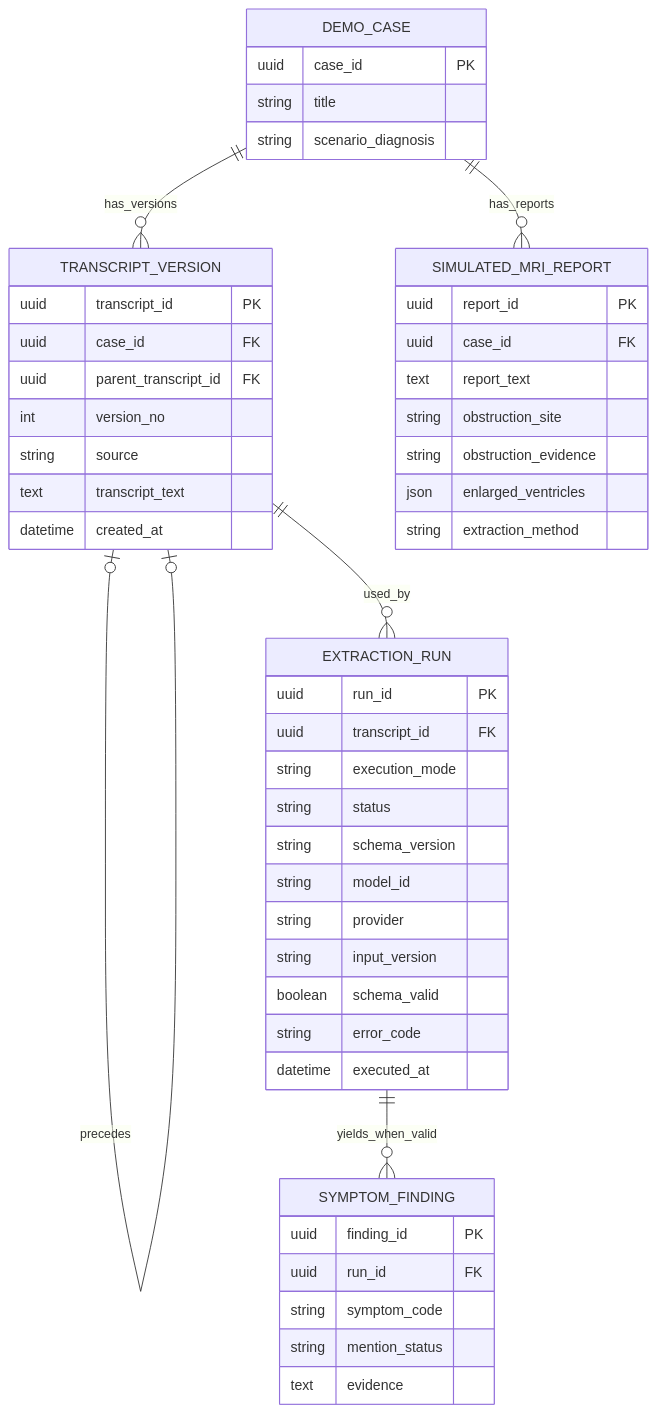
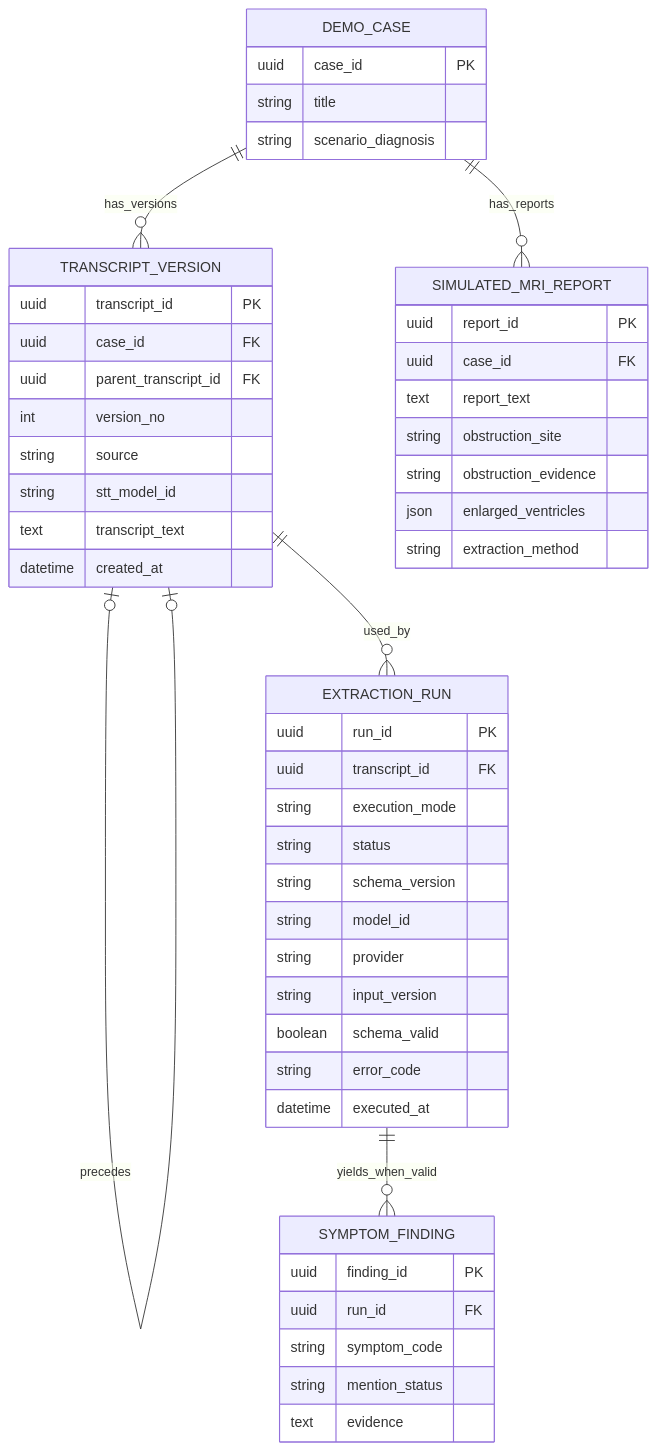
One commit to re-final-project/medspeech-lab1 changed the diagram in README.md. Above: the diagram before and after it, drawn with Mermaid. The commit also changed other lines of this file and 1 other file, not shown here.

````diff
--- a/README.md
+++ b/README.md
@@ -253,52 +301,53 @@
 ```mermaid
 erDiagram
     DEMO_CASE ||--o{ TRANSCRIPT_VERSION : has_versions
     DEMO_CASE ||--o{ SIMULATED_MRI_REPORT : has_reports
     TRANSCRIPT_VERSION o|--o| TRANSCRIPT_VERSION : precedes
     TRANSCRIPT_VERSION ||--o{ EXTRACTION_RUN : used_by
     EXTRACTION_RUN ||--o{ SYMPTOM_FINDING : yields_when_valid
 
     DEMO_CASE {
         uuid case_id PK
         string title
         string scenario_diagnosis
     }
     TRANSCRIPT_VERSION {
         uuid transcript_id PK
         uuid case_id FK
         uuid parent_transcript_id FK
         int version_no
         string source
+        string stt_model_id
         text transcript_text
         datetime created_at
     }
     EXTRACTION_RUN {
         uuid run_id PK
         uuid transcript_id FK
         string execution_mode
         string status
         string schema_version
         string model_id
         string provider
         string input_version
         boolean schema_valid
         string error_code
         datetime executed_at
     }
     SYMPTOM_FINDING {
         uuid finding_id PK
         uuid run_id FK
         string symptom_code
         string mention_status
         text evidence
     }
     SIMULATED_MRI_REPORT {
         uuid report_id PK
         uuid case_id FK
         text report_text
         string obstruction_site
         string obstruction_evidence
         json enlarged_ventricles
         string extraction_method
     }
 ```
````
